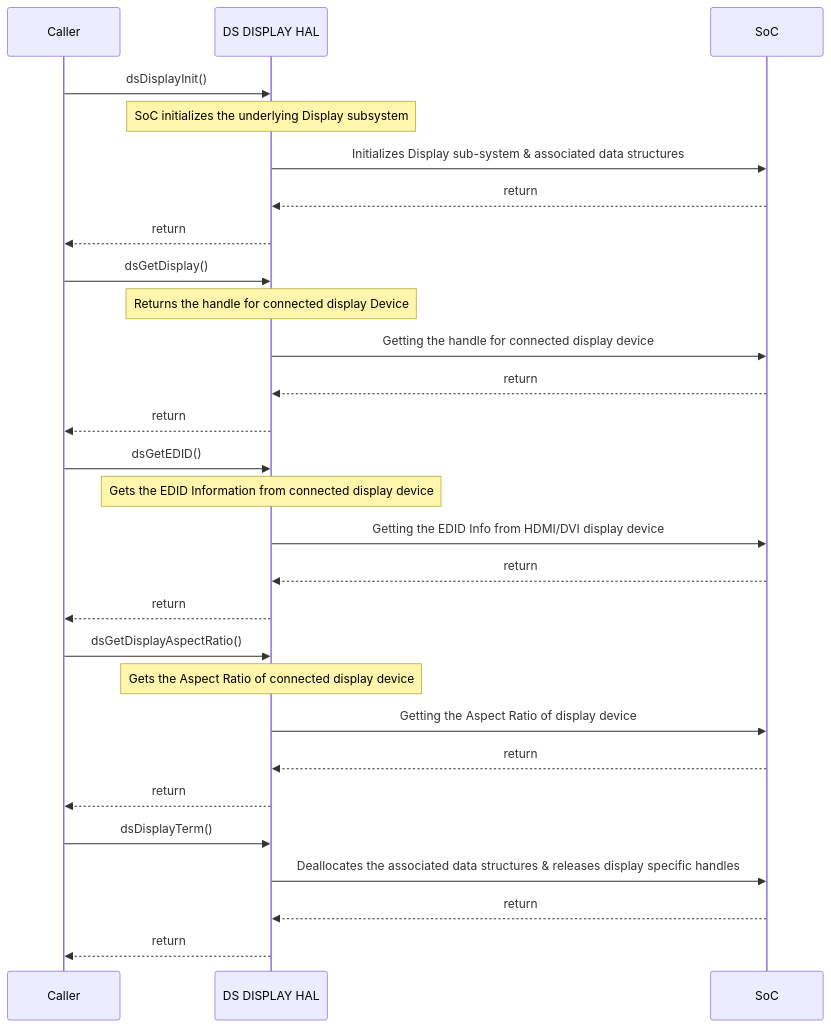
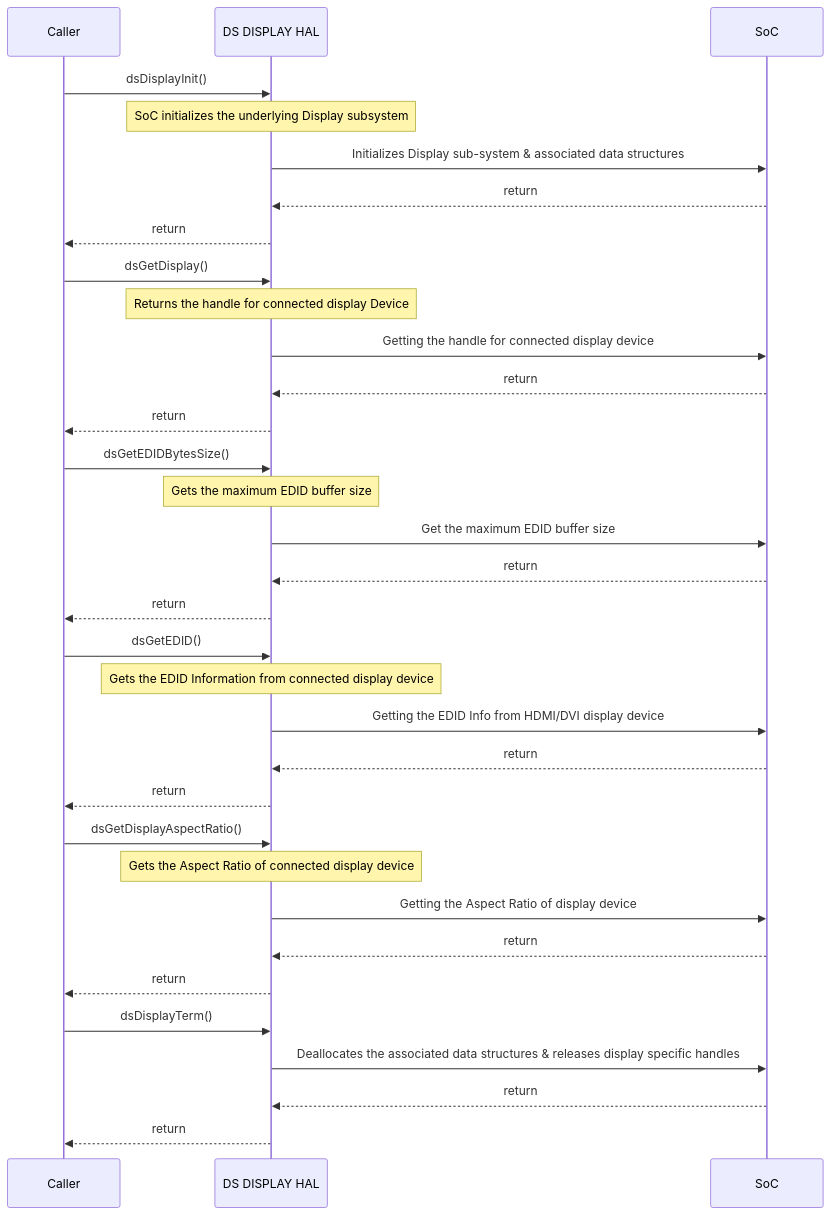
One commit to rdkcentral/rdk-halif-device_settings changed the second of 2 diagrams in docs/pages/ds-display_halSpec.md. Above: the diagram before and after it, drawn with Mermaid. The commit also changed other lines of this file, not shown here.

Commit message:
dsDisplay: Updated interface file to support the AIDL

````diff
--- a/docs/pages/ds-display_halSpec.md
+++ b/docs/pages/ds-display_halSpec.md
@@ -168,31 +168,36 @@
 ```mermaid
 %%{ init : { "theme" : "default", "flowchart" : { "curve" : "stepBefore" }}}%%
    sequenceDiagram
     participant Caller as Caller
     participant HAL as DS DISPLAY HAL
     participant Driver as SoC
     Caller->>HAL:dsDisplayInit()
     Note over HAL: SoC initializes the underlying Display subsystem 
     HAL->>Driver:Initializes Display sub-system & associated data structures
     Driver-->>HAL:return
     HAL-->>Caller:return
     Caller->>HAL:dsGetDisplay()
     Note over HAL: Returns the handle for connected display Device 
     HAL->>Driver:Getting the handle for connected display device
+    Driver-->>HAL:return
+    HAL-->>Caller:return
+    Caller->>HAL:dsGetEDIDBytesSize()
+    Note over HAL: Gets the maximum EDID buffer size
+    HAL->>Driver:Get the maximum EDID buffer size
     Driver-->>HAL:return
     HAL-->>Caller:return
     Caller->>HAL:dsGetEDID()
     Note over HAL: Gets the EDID Information from connected display device
     HAL->>Driver:Getting the EDID Info from HDMI/DVI display device
     Driver-->>HAL:return
     HAL-->>Caller:return
     Caller->>HAL:dsGetDisplayAspectRatio()
     Note over HAL: Gets the Aspect Ratio of connected display device 
     HAL->>Driver:Getting the Aspect Ratio of display device
     Driver-->>HAL:return
     HAL-->>Caller:return
     Caller ->>HAL:dsDisplayTerm()
     HAL->>Driver:Deallocates the associated data structures & releases display specific handles
     Driver-->>HAL:return
     HAL-->>Caller:return
  ```
````
